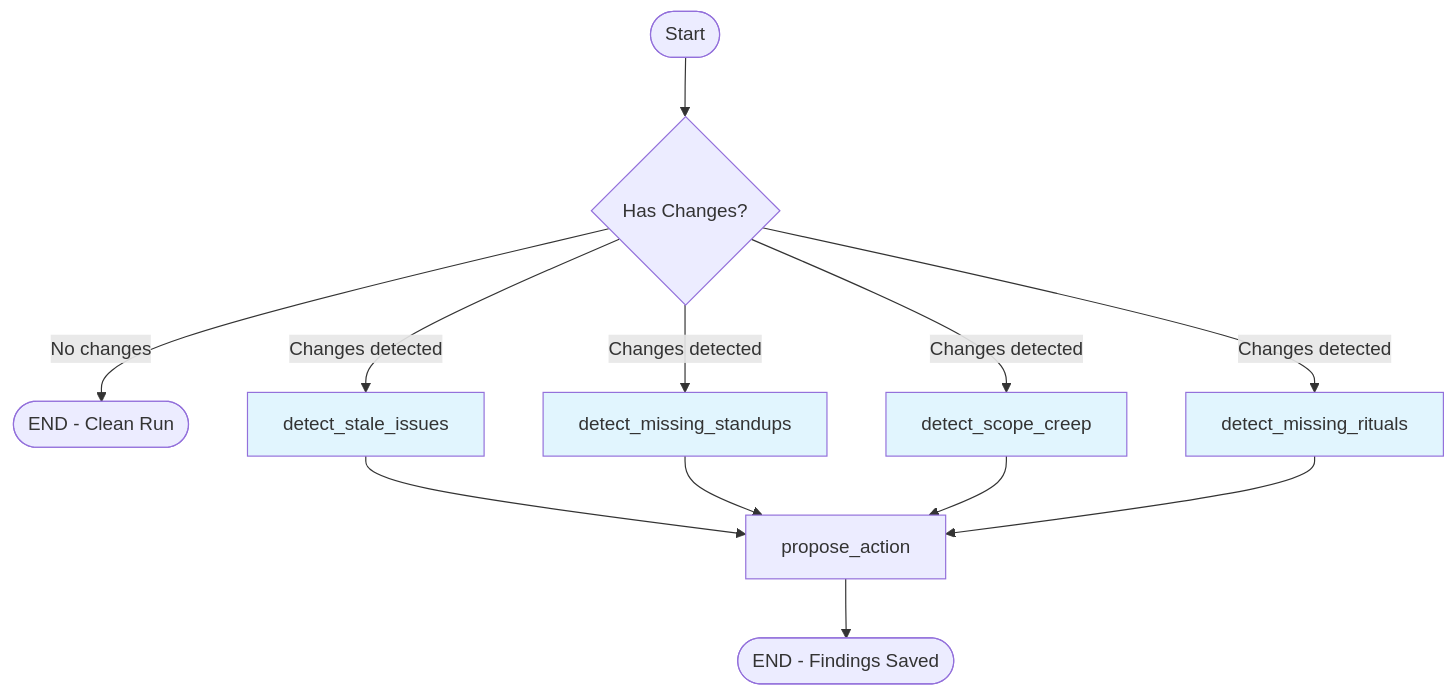
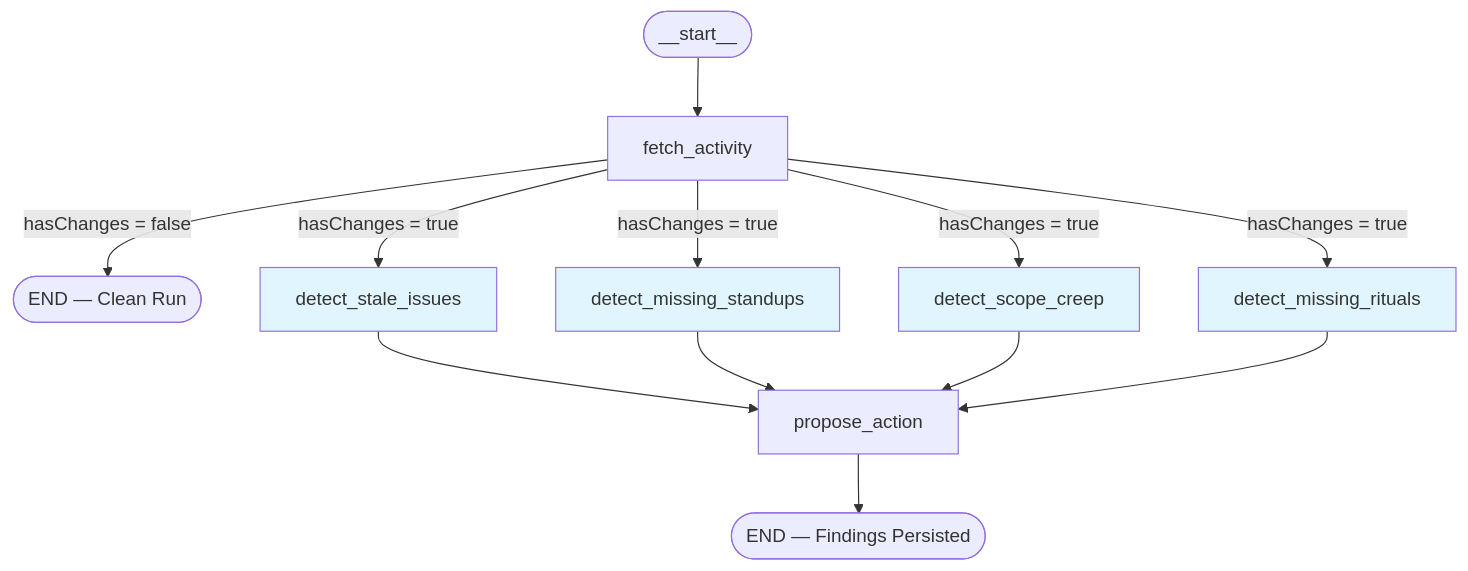
One commit to lramosve/fleetgraph changed the first of 2 diagrams in FLEETGRAPH.md. Above: the diagram before and after it, drawn with Mermaid. The commit also changed other lines of this file, not shown here.

````diff
--- a/FLEETGRAPH.md
+++ b/FLEETGRAPH.md
@@ -28,20 +30,19 @@
 ```mermaid
 graph TD
-    START([Start]) --> fetch_activity
-    fetch_activity{Has Changes?}
-    fetch_activity -->|No changes| END_CLEAN([END - Clean Run])
-    fetch_activity -->|Changes detected| detect_stale_issues
-    fetch_activity -->|Changes detected| detect_missing_standups
-    fetch_activity -->|Changes detected| detect_scope_creep
-    fetch_activity -->|Changes detected| detect_missing_rituals
+    START([__start__]) --> fetch_activity
+    fetch_activity -->|hasChanges = false| END_CLEAN([END — Clean Run])
+    fetch_activity -->|hasChanges = true| detect_stale_issues
+    fetch_activity -->|hasChanges = true| detect_missing_standups
+    fetch_activity -->|hasChanges = true| detect_scope_creep
+    fetch_activity -->|hasChanges = true| detect_missing_rituals
     detect_stale_issues --> propose_action
     detect_missing_standups --> propose_action
     detect_scope_creep --> propose_action
     detect_missing_rituals --> propose_action
-    propose_action --> END_SAVED([END - Findings Saved])
+    propose_action --> END_SAVED([END — Findings Persisted])
 
     style detect_stale_issues fill:#e1f5fe
     style detect_missing_standups fill:#e1f5fe
     style detect_scope_creep fill:#e1f5fe
     style detect_missing_rituals fill:#e1f5fe
 ```
````
